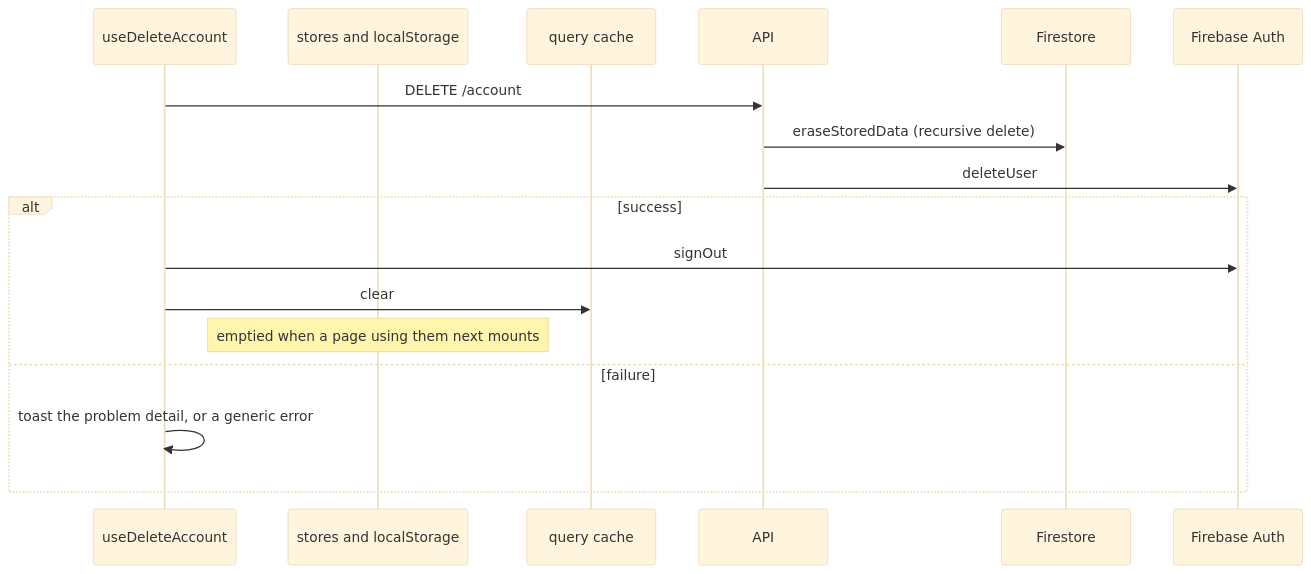
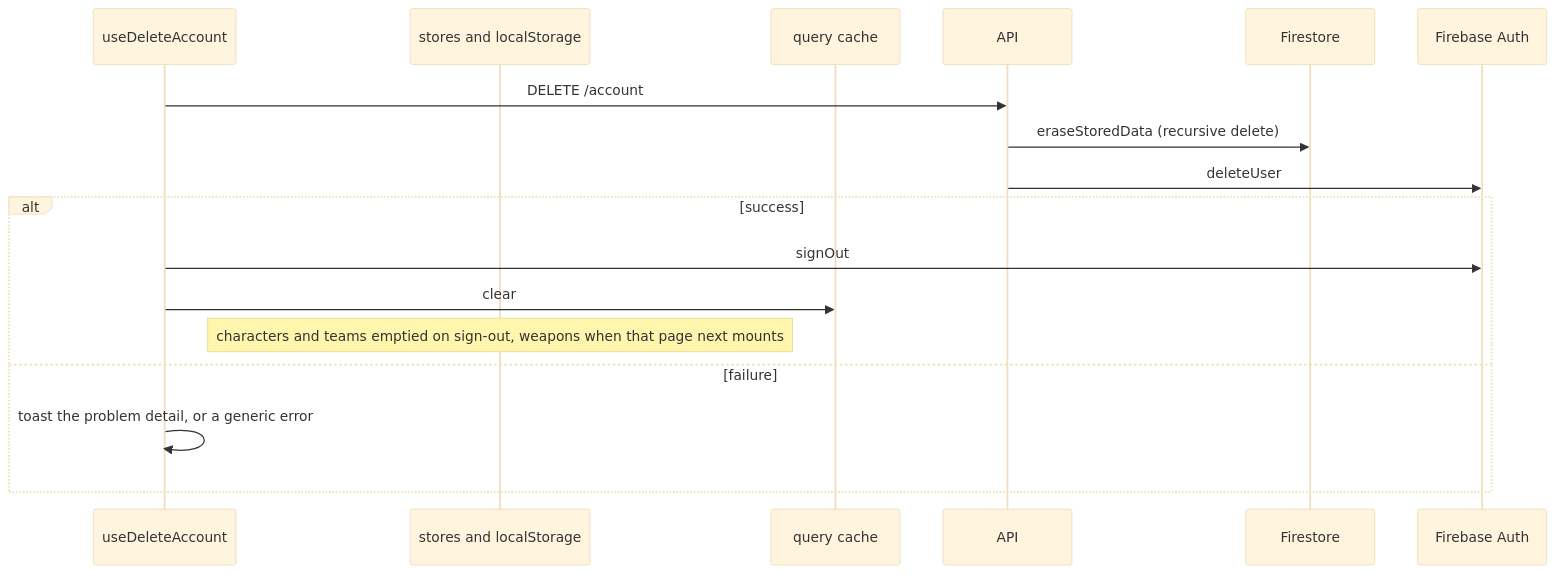
One commit to dungeon-studio/genshin.dungeon.studio changed the fourth of 4 diagrams in docs/reference/data-flow-write-paths.md. Above: the diagram before and after it, drawn with Mermaid (base theme). The commit also changed other lines of this file and 1 other file, not shown here.

First line of the commit message:
docs: describe the sign-out clear in the data flow

````diff
--- a/docs/reference/data-flow-write-paths.md
+++ b/docs/reference/data-flow-write-paths.md
@@ -153,20 +153,20 @@
 ```mermaid
 sequenceDiagram
   participant Hook as useDeleteAccount
   participant Stores as stores and localStorage
   participant Cache as query cache
   participant API as API
   participant FS as Firestore
   participant FA as Firebase Auth
 
   Hook->>API: DELETE /account
   API->>FS: eraseStoredData (recursive delete)
   API->>FA: deleteUser
   alt success
     Hook->>FA: signOut
     Hook->>Cache: clear
-    Note over Stores: emptied when a page using them next mounts
+    Note over Stores: characters and teams emptied on sign-out, weapons when that page next mounts
   else failure
     Hook->>Hook: toast the problem detail, or a generic error
   end
 ```
````
